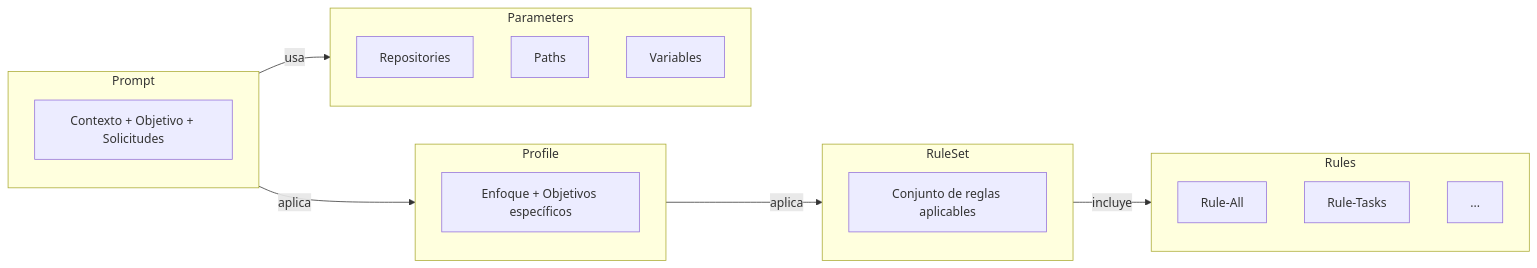
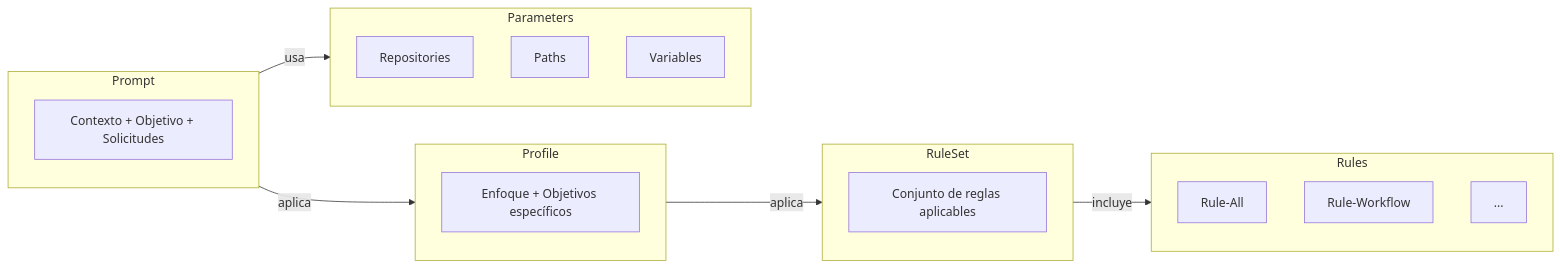
Before and after one commit to Aplicada-Streaming/IA.Prompting.Templates: the second of 4 diagrams in PromptFramework/Guides/Readme.md, drawn with Mermaid. The commit also changed other lines of this file and 40 other files, not shown here.

````diff
--- a/PromptFramework/Guides/Readme.md
+++ b/PromptFramework/Guides/Readme.md
@@ -197,26 +215,26 @@
 ```mermaid
 graph LR
     subgraph Prompt
         C[Contexto + Objetivo + Solicitudes]
     end
     subgraph Profile
         EN[Enfoque + Objetivos específicos]
     end
     subgraph RuleSet
         RL[Conjunto de reglas aplicables]
     end
     subgraph Rules
         R1[Rule-All]
-        R2[Rule-Tasks]
+        R2[Rule-Workflow]
         R3[...]
     end
     subgraph Parameters
         P1[Repositories]
         P2[Paths]
         P3[Variables]
     end
     Prompt -->|aplica| Profile
     Prompt -->|usa| Parameters
     Profile -->|aplica| RuleSet
     RuleSet -->|incluye| Rules
 ```
````
